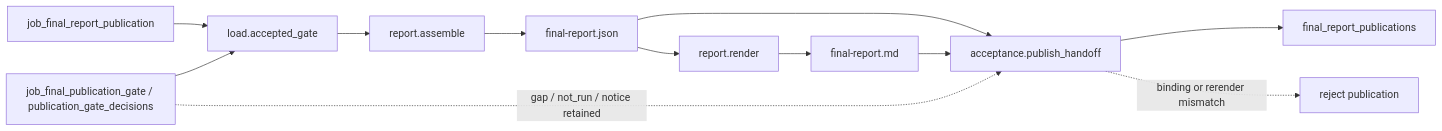
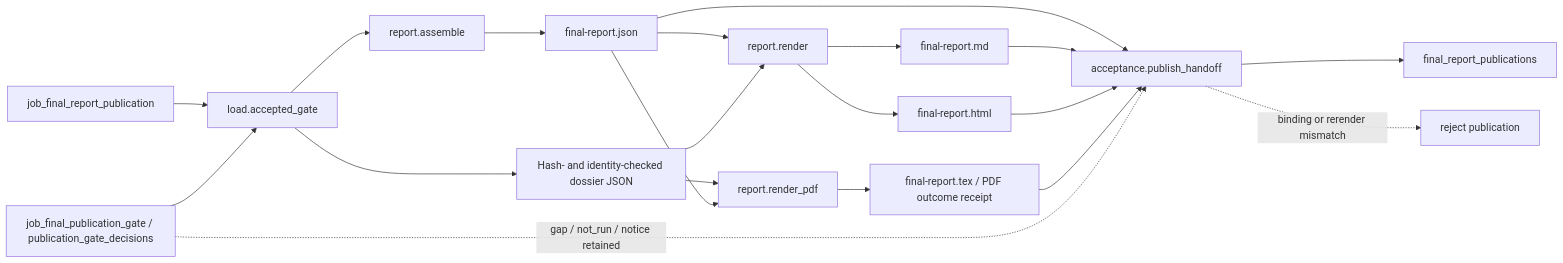
The second of 2 diagrams in docs/operations/job_final_report_publication.md (wsollers/appsec-review), drawn with Mermaid before and after one commit. The commit also changed other lines of this file and 7 other files, not shown here.

First line of the commit message:
Preserve certified executive report severity and dossier narratives (T-5089)

````diff
--- a/docs/operations/job_final_report_publication.md
+++ b/docs/operations/job_final_report_publication.md
@@ -155,14 +163,22 @@
 ```mermaid
 flowchart LR
   job["job_final_report_publication"] --> load["load.accepted_gate"]
   gate["job_final_publication_gate / publication_gate_decisions"] --> load
   load --> assemble["report.assemble"]
   assemble --> json["final-report.json"]
   json --> render["report.render"]
   render --> md["final-report.md"]
+  load --> dossier["Hash- and identity-checked dossier JSON"]
+  dossier --> render
+  render --> html["final-report.html"]
+  dossier --> pdf["report.render_pdf"]
+  json --> pdf
+  pdf --> tex["final-report.tex / PDF outcome receipt"]
   json --> accept["acceptance.publish_handoff"]
   md --> accept
+  html --> accept
+  tex --> accept
   accept --> out["final_report_publications"]
   gate -. "gap / not_run / notice retained" .-> accept
   accept -. "binding or rerender mismatch" .-> reject["reject publication"]
 ```
````
